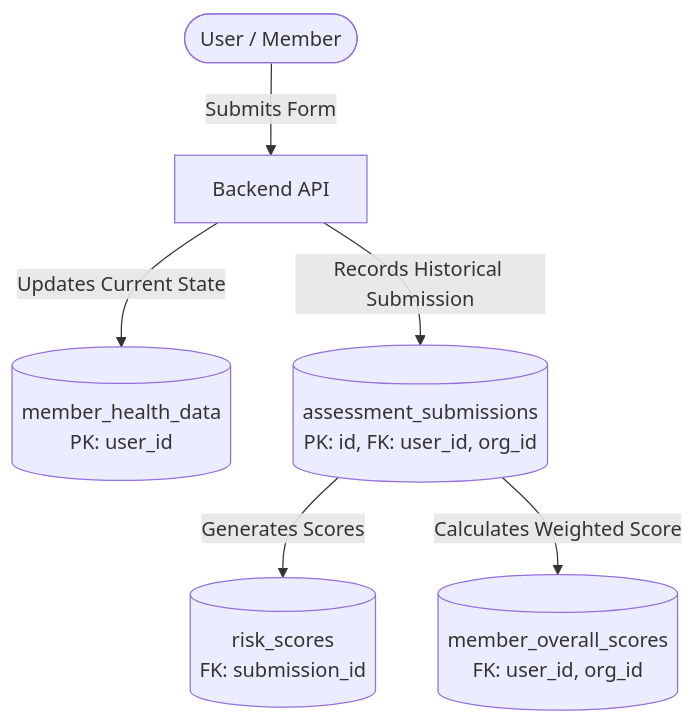
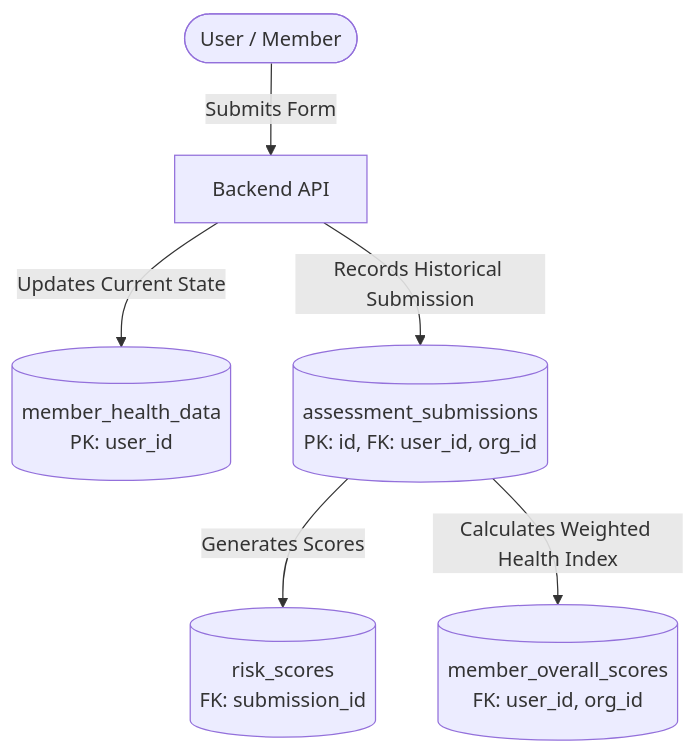
The first of 2 diagrams in docs/privacy/data-inventory.md (Checkup360/backend), drawn with Mermaid before and after one commit. The commit also changed other lines of this file and 3 other files, not shown here.

````diff
--- a/docs/privacy/data-inventory.md
+++ b/docs/privacy/data-inventory.md
@@ -46,8 +46,8 @@
 ```mermaid
 flowchart TD
     User([User / Member]) -->|Submits Form| API[Backend API]
     API -->|Updates Current State| MHD[(member_health_data\nPK: user_id)]
     API -->|Records Historical Submission| AS[(assessment_submissions\nPK: id, FK: user_id, org_id)]
     AS -->|Generates Scores| RS[(risk_scores\nFK: submission_id)]
-    AS -->|Calculates Weighted Score| MOS[(member_overall_scores\nFK: user_id, org_id)]
+    AS -->|Calculates Weighted Health Index| MOS[(member_overall_scores\nFK: user_id, org_id)]
 ```
````
